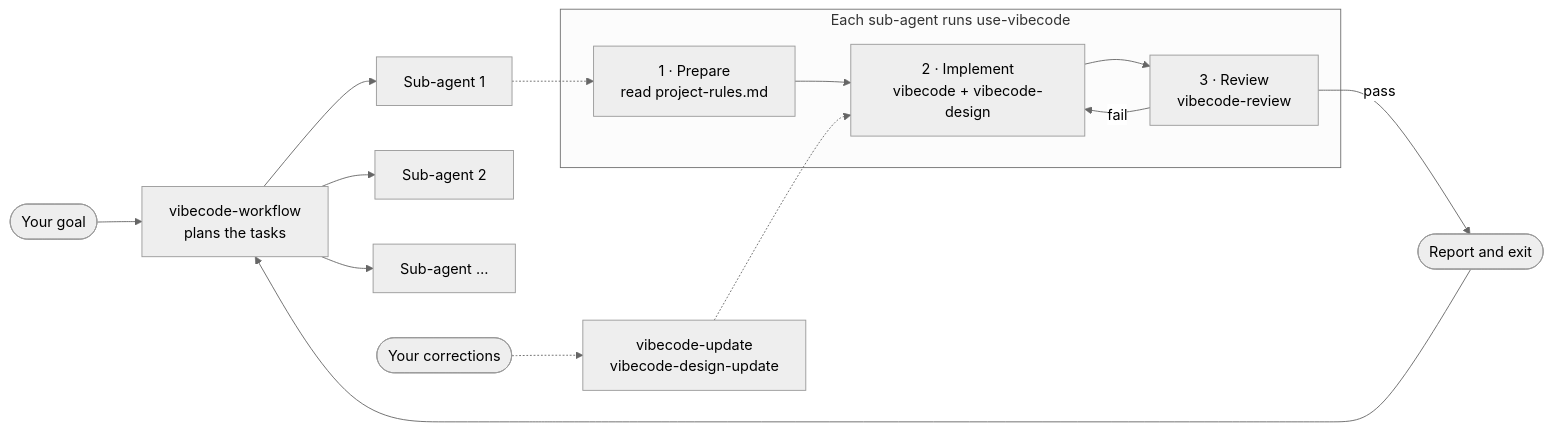
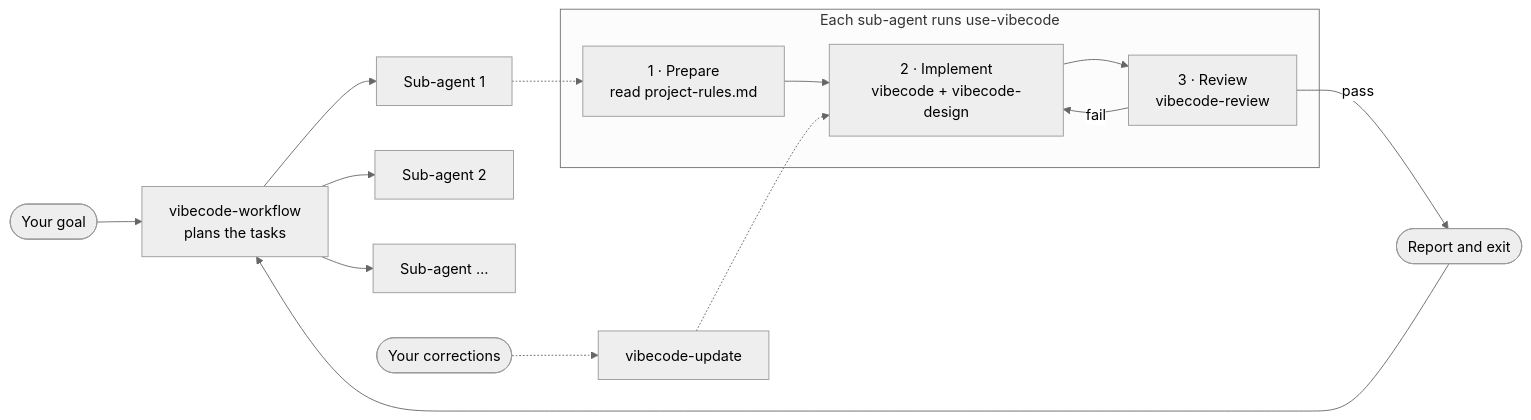
The diagram in README.md (lysari/vibecode-skills), drawn with Mermaid (neutral theme) before and after one commit. The commit also changed other lines of this file and 5 other files, not shown here.

Commit message:
feat: consolidate vibecode and vibecode-design skills, update documentation and remove deprecated design update skill

````diff
--- a/README.md
+++ b/README.md
@@ -232,20 +231,20 @@
 ```mermaid
 flowchart LR
     U([Your goal]) --> W[vibecode-workflow<br/>plans the tasks]
     W --> S1[Sub-agent 1]
     W --> S2[Sub-agent 2]
     W --> S3[Sub-agent …]
 
     subgraph Each["Each sub-agent runs use-vibecode"]
         P[1 · Prepare<br/>read project-rules.md] --> I[2 · Implement<br/>vibecode + vibecode-design]
         I --> R[3 · Review<br/>vibecode-review]
         R -- fail --> I
     end
 
     S1 -.-> P
     R -- pass --> D([Report and exit])
     D --> W
 
-    F([Your corrections]) -.-> L[vibecode-update<br/>vibecode-design-update]
+    F([Your corrections]) -.-> L[vibecode-update]
     L -.-> I
 ```
````
